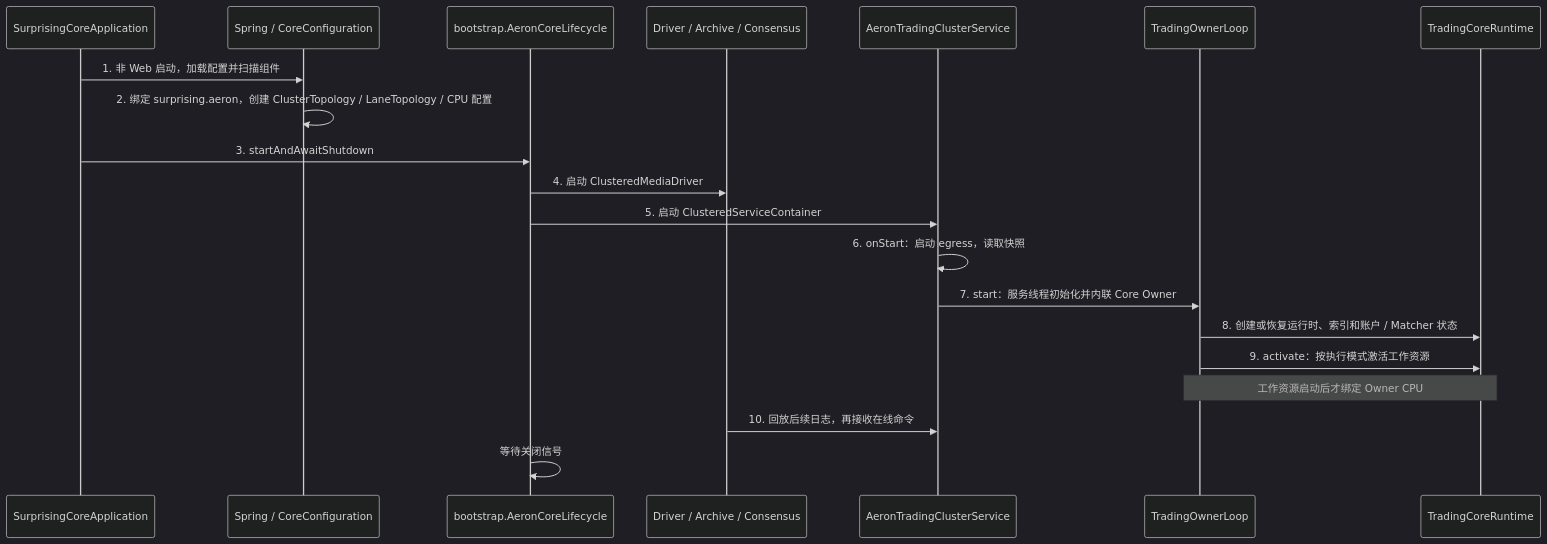
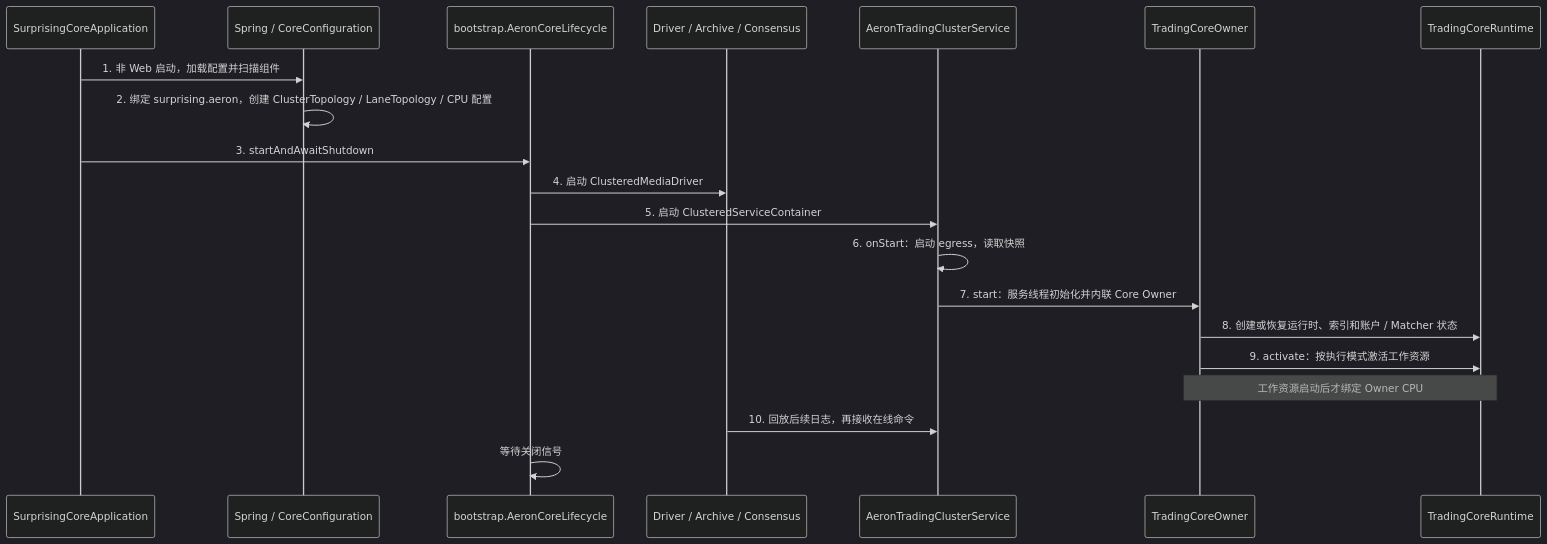
The second of 12 diagrams in surprising-aeron-core/README.md (lilaizhencn/surprising-ex), drawn with Mermaid (dark theme) before and after one commit. The commit also changed other lines of this file and 18 other files, not shown here.

````diff
--- a/surprising-aeron-core/README.md
+++ b/surprising-aeron-core/README.md
@@ -48,22 +48,22 @@
 ```mermaid
 sequenceDiagram
     participant Main as SurprisingCoreApplication
     participant Spring as Spring / CoreConfiguration
     participant Life as bootstrap.AeronCoreLifecycle
     participant Aeron as Driver / Archive / Consensus
     participant Service as AeronTradingClusterService
-    participant Owner as TradingOwnerLoop
+    participant Owner as TradingCoreOwner
     participant Runtime as TradingCoreRuntime
     Main->>Spring: 1. 非 Web 启动，加载配置并扫描组件
     Spring->>Spring: 2. 绑定 surprising.aeron，创建 ClusterTopology / LaneTopology / CPU 配置
     Main->>Life: 3. startAndAwaitShutdown
     Life->>Aeron: 4. 启动 ClusteredMediaDriver
     Life->>Service: 5. 启动 ClusteredServiceContainer
     Service->>Service: 6. onStart：启动 egress，读取快照
     Service->>Owner: 7. start：服务线程初始化并内联 Core Owner
     Owner->>Runtime: 8. 创建或恢复运行时、索引和账户 / Matcher 状态
     Owner->>Runtime: 9. activate：按执行模式激活工作资源
     Note over Owner,Runtime: 工作资源启动后才绑定 Owner CPU
     Aeron->>Service: 10. 回放后续日志，再接收在线命令
     Life->>Life: 等待关闭信号
 ```
````
